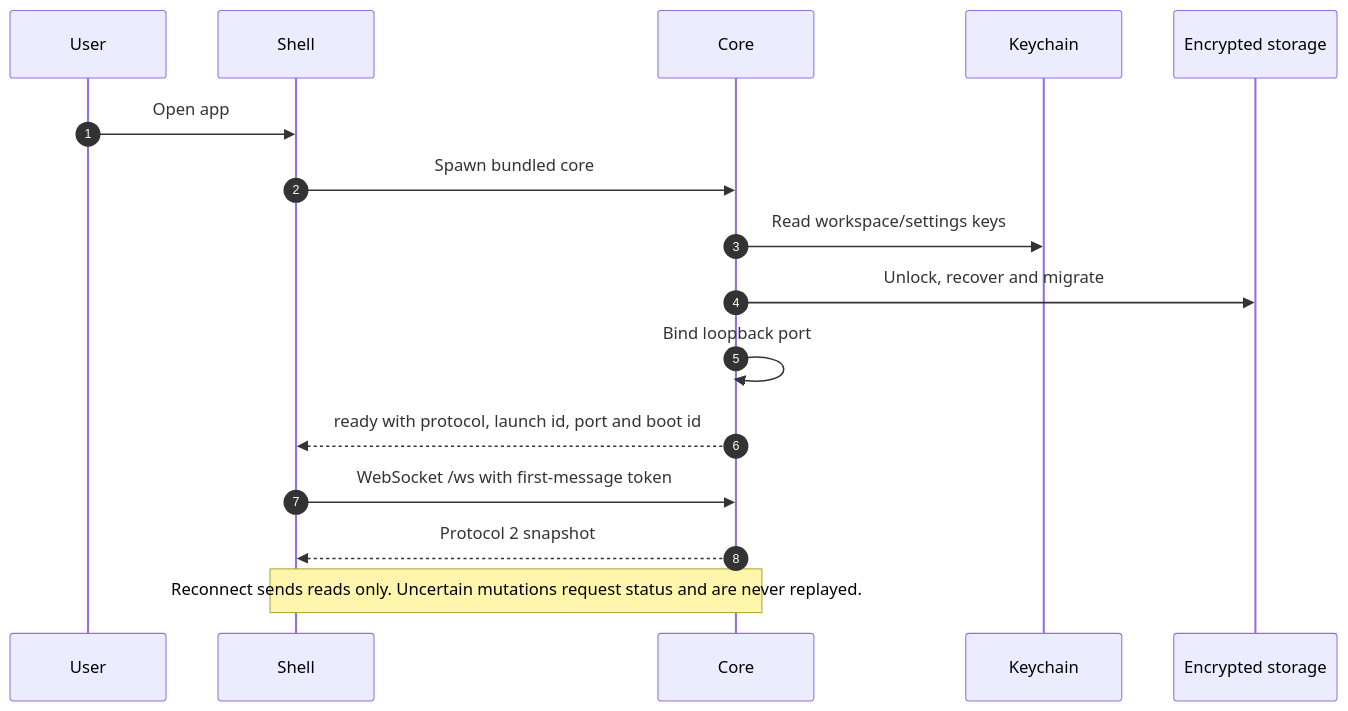
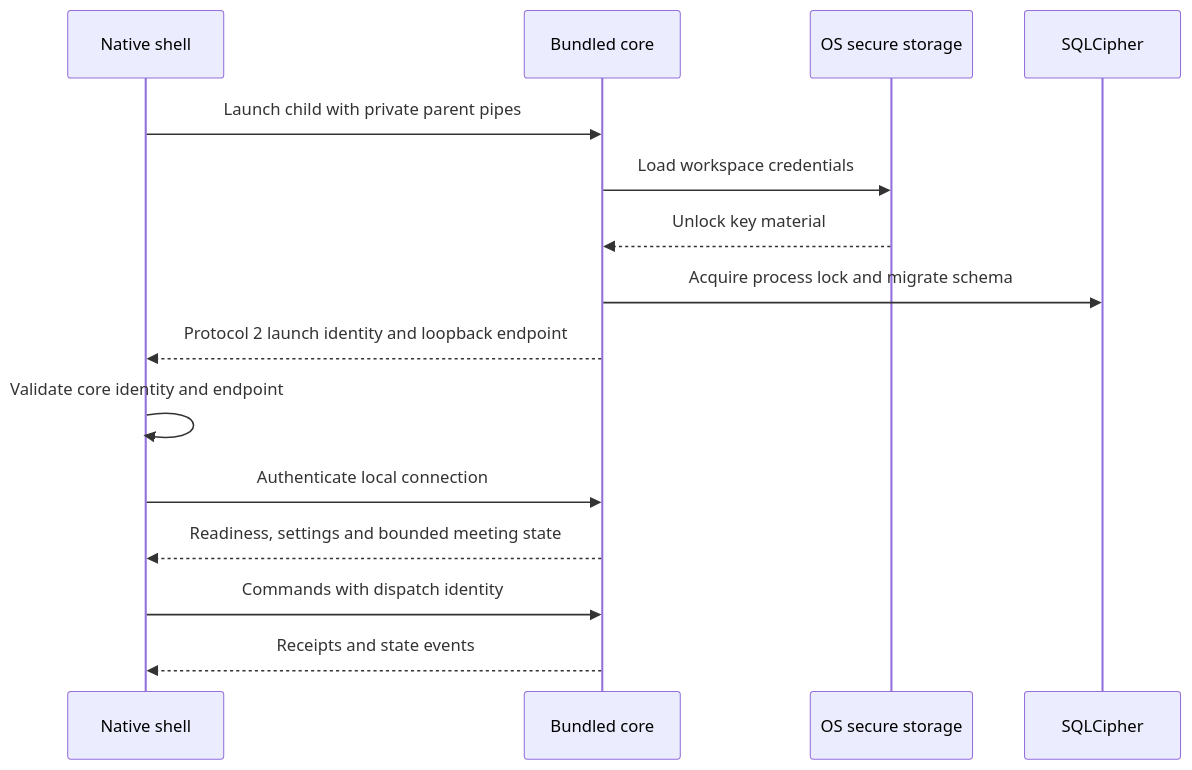
The second of 9 diagrams in ARCHITECTURE.md (tienbob/ScribeLoop), drawn with Mermaid before and after one commit. The commit also changed other lines of this file and 2 other files, not shown here.

Commit message:
docs: refresh architecture with current system flow diagrams

````diff
--- a/ARCHITECTURE.md
+++ b/ARCHITECTURE.md
@@ -303,18 +77,17 @@
 ```mermaid
 sequenceDiagram
-  autonumber
-  participant U as User
-  participant S as Shell
-  participant C as Core
-  participant K as Keychain
-  participant D as Encrypted storage
-  U->>S: Open app
-  S->>C: Spawn bundled core
-  C->>K: Read workspace/settings keys
-  C->>D: Unlock, recover and migrate
-  C->>C: Bind loopback port
-  C-->>S: ready with protocol, launch id, port and boot id
-  S->>C: WebSocket /ws with first-message token
-  C-->>S: Protocol 2 snapshot
-  Note over S,C: Reconnect sends reads only. Uncertain mutations request status and are never replayed.
+  participant S as Native shell
+  participant C as Bundled core
+  participant K as OS secure storage
+  participant D as SQLCipher
+  S->>C: Launch child with private parent pipes
+  C->>K: Load workspace credentials
+  K-->>C: Unlock key material
+  C->>D: Acquire process lock and migrate schema
+  C-->>S: Protocol 2 launch identity and loopback endpoint
+  S->>S: Validate core identity and endpoint
+  S->>C: Authenticate local connection
+  C-->>S: Readiness, settings and bounded meeting state
+  S->>C: Commands with dispatch identity
+  C-->>S: Receipts and state events
 ```
````
